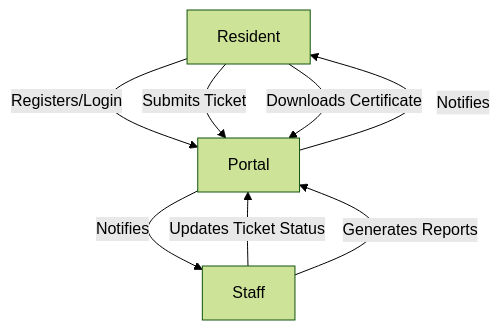
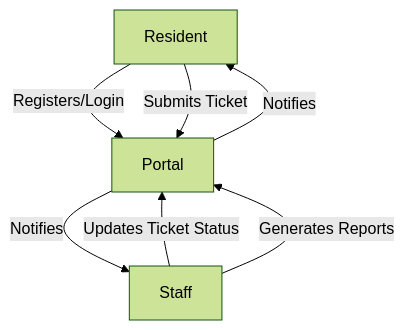
One commit to VinCeProg/brgy_tx_prot changed the diagram in README.md. Above: the diagram before and after it, drawn with Mermaid (forest theme).

Commit message:
removed unnecessary feature included

````diff
--- a/README.md
+++ b/README.md
@@ -202,10 +202,9 @@
 ```mermaid
 flowchart TD
   Resident -- Registers/Login --> Portal
   Resident -- Submits Ticket --> Portal
   Portal -- Notifies --> Staff
   Staff -- Updates Ticket Status --> Portal
   Portal -- Notifies --> Resident
-  Resident -- Downloads Certificate --> Portal
   Staff -- Generates Reports --> Portal
 ```
````
